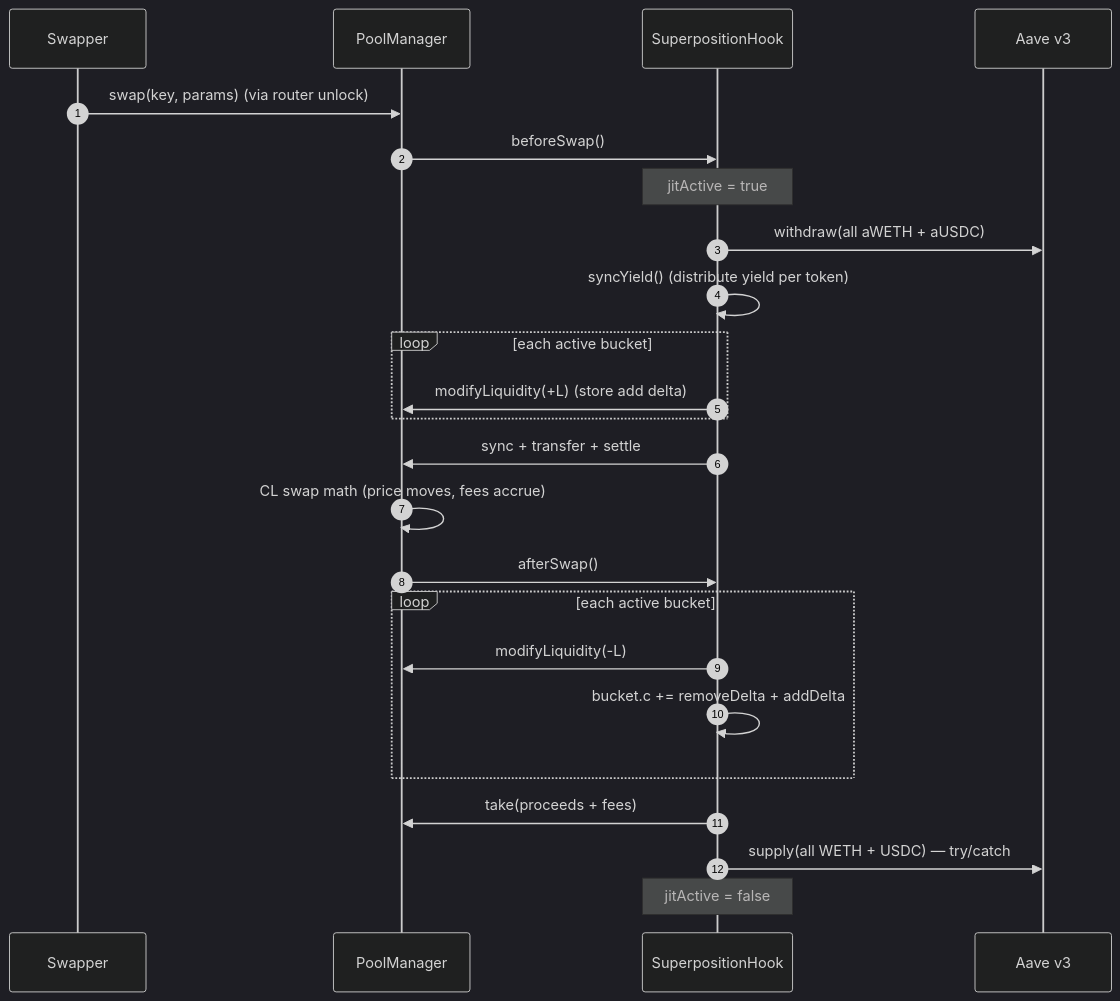
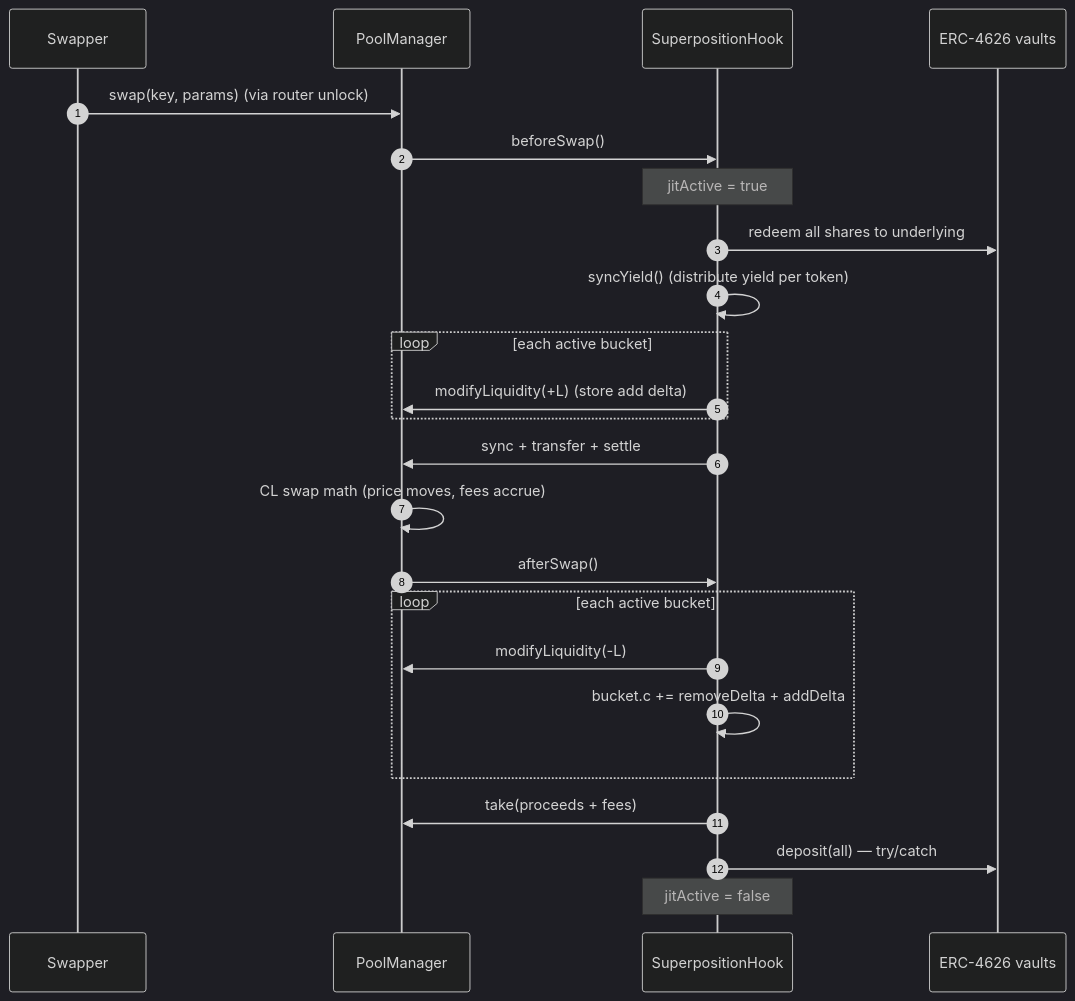
One commit to SolidityDrone/superposition-hook-uni-v4 changed the second of 4 diagrams in superposition-uni-v4-hook/README.md. Above: the diagram before and after it, drawn with Mermaid (dark theme). The commit also changed other lines of this file and 7 other files, not shown here.

````diff
--- a/superposition-uni-v4-hook/README.md
+++ b/superposition-uni-v4-hook/README.md
@@ -99,26 +105,26 @@
 ```mermaid
 sequenceDiagram
     autonumber
     participant U as Swapper
     participant PM as PoolManager
     participant H as SuperpositionHook
-    participant A as Aave v3
+    participant V as ERC-4626 vaults
     U->>PM: swap(key, params) (via router unlock)
     PM->>H: beforeSwap()
     Note over H: jitActive = true
-    H->>A: withdraw(all aWETH + aUSDC)
+    H->>V: redeem all shares to underlying
     H->>H: syncYield() (distribute yield per token)
     loop each active bucket
         H->>PM: modifyLiquidity(+L)  (store add delta)
     end
     H->>PM: sync + transfer + settle
     PM->>PM: CL swap math (price moves, fees accrue)
     PM->>H: afterSwap()
     loop each active bucket
         H->>PM: modifyLiquidity(-L)
         H->>H: bucket.c += removeDelta + addDelta
     end
     H->>PM: take(proceeds + fees)
-    H->>A: supply(all WETH + USDC) — try/catch
+    H->>V: deposit(all) — try/catch
     Note over H: jitActive = false
 ```
````
